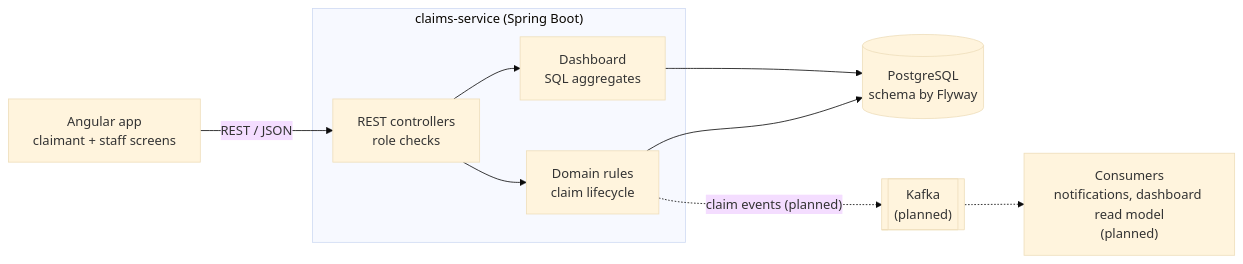
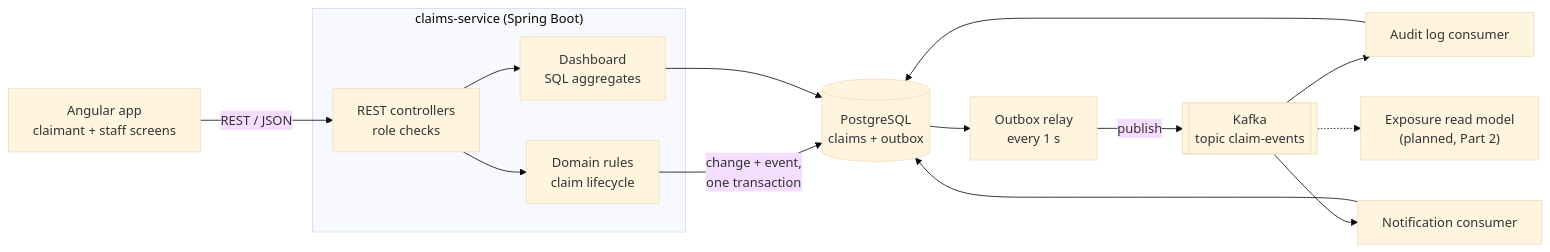
One commit to chonghuenthong-cloud/chubb_claims_platform changed the second of 2 diagrams in README.md. Above: the diagram before and after it, drawn with Mermaid (base theme). The commit also changed other lines of this file, not shown here.

First line of the commit message:
Update README for Kafka events and notifications

````diff
--- a/README.md
+++ b/README.md
@@ -119,22 +122,30 @@
 ```mermaid
 flowchart LR
     UI["Angular app<br/>claimant + staff screens"]
 
     subgraph SVC["claims-service (Spring Boot)"]
         API["REST controllers<br/>role checks"]
         DOM["Domain rules<br/>claim lifecycle"]
         DASH["Dashboard<br/>SQL aggregates"]
     end
 
-    DB[("PostgreSQL<br/>schema by Flyway")]
-    K[["Kafka<br/>(planned)"]]
-    C["Consumers<br/>notifications, dashboard read model<br/>(planned)"]
+    DB[("PostgreSQL<br/>claims + outbox")]
+    R["Outbox relay<br/>every 1 s"]
+    K[["Kafka<br/>topic claim-events"]]
+    AUD["Audit log consumer"]
+    NOT["Notification consumer"]
+    EXP["Exposure read model<br/>(planned, Part 2)"]
 
     UI -- "REST / JSON" --> API
     API --> DOM
     API --> DASH
-    DOM --> DB
+    DOM -- "change + event,<br/>one transaction" --> DB
     DASH --> DB
-    DOM -. "claim events (planned)" .-> K
-    K -.-> C
+    DB --> R
+    R -- "publish" --> K
+    K --> AUD
+    K --> NOT
+    K -.-> EXP
+    AUD --> DB
+    NOT --> DB
 ```
````
